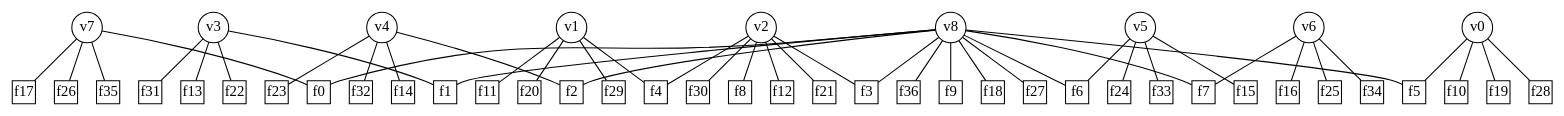
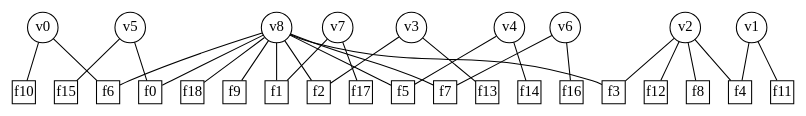
Before and after one commit to vjethava/FastQ: the diagram in zLatest/sample.dot, drawn with Graphviz. The commit also changed 12 other files, not shown here.

```diff
--- a/zLatest/sample.dot
+++ b/zLatest/sample.dot
@@ -1,95 +1,59 @@
 graph G {
 node[shape=circle,width=0.4,fixedsize=true];
 	v0;
 	v1;
 	v2;
 	v3;
 	v4;
 	v5;
 	v6;
 	v7;
 	v8;
 node[shape=box,width=0.3,height=0.3,fixedsize=true];
 	f0;
 	f1;
 	f2;
 	f3;
 	f4;
 	f5;
 	f6;
 	f7;
 	f8;
 	f9;
 	f10;
 	f11;
 	f12;
 	f13;
 	f14;
 	f15;
 	f16;
 	f17;
 	f18;
-	f19;
-	f20;
-	f21;
-	f22;
-	f23;
-	f24;
-	f25;
-	f26;
-	f27;
-	f28;
-	f29;
-	f30;
-	f31;
-	f32;
-	f33;
-	f34;
-	f35;
-	f36;
-	v0 -- f5;
+	v0 -- f6;
 	v0 -- f10;
-	v0 -- f19;
-	v0 -- f28;
 	v1 -- f4;
 	v1 -- f11;
-	v1 -- f20;
-	v1 -- f29;
 	v2 -- f3;
 	v2 -- f4;
 	v2 -- f8;
 	v2 -- f12;
-	v2 -- f21;
-	v2 -- f30;
-	v3 -- f1;
+	v3 -- f2;
 	v3 -- f13;
-	v3 -- f22;
-	v3 -- f31;
-	v4 -- f2;
+	v4 -- f5;
 	v4 -- f14;
-	v4 -- f23;
-	v4 -- f32;
-	v5 -- f6;
+	v5 -- f0;
 	v5 -- f15;
-	v5 -- f24;
-	v5 -- f33;
 	v6 -- f7;
 	v6 -- f16;
-	v6 -- f25;
-	v6 -- f34;
-	v7 -- f0;
+	v7 -- f1;
 	v7 -- f17;
-	v7 -- f26;
-	v7 -- f35;
 	v8 -- f0;
 	v8 -- f1;
 	v8 -- f2;
 	v8 -- f3;
 	v8 -- f5;
 	v8 -- f6;
 	v8 -- f7;
 	v8 -- f9;
 	v8 -- f18;
-	v8 -- f27;
-	v8 -- f36;
 }
```
